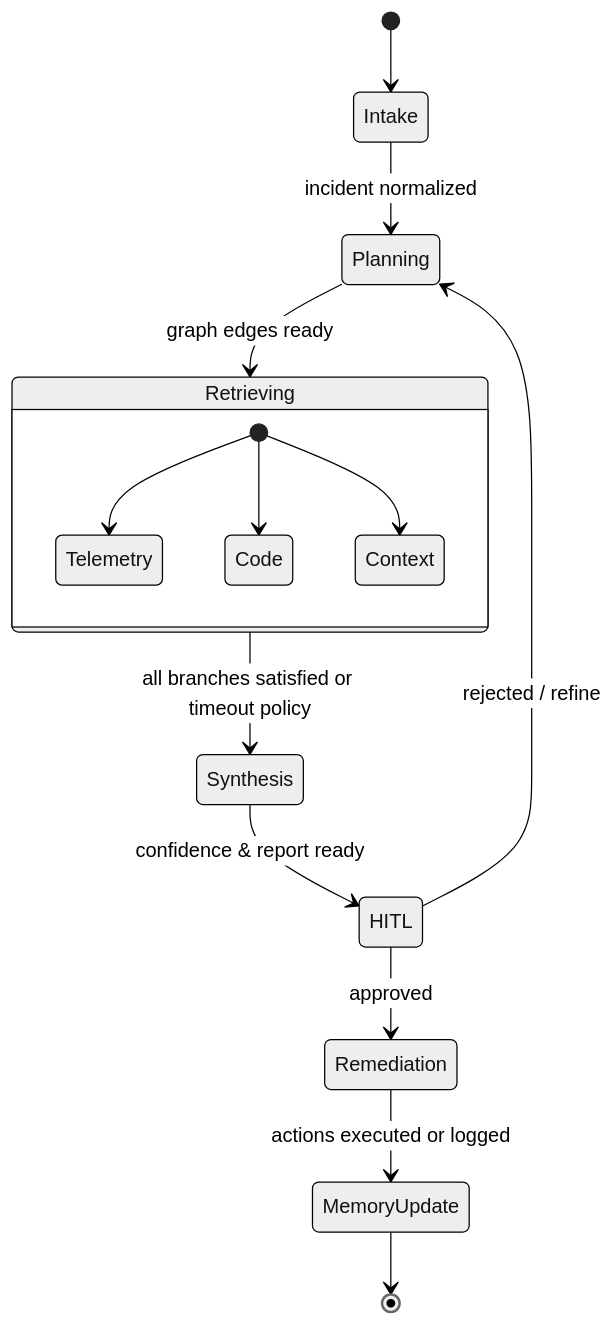
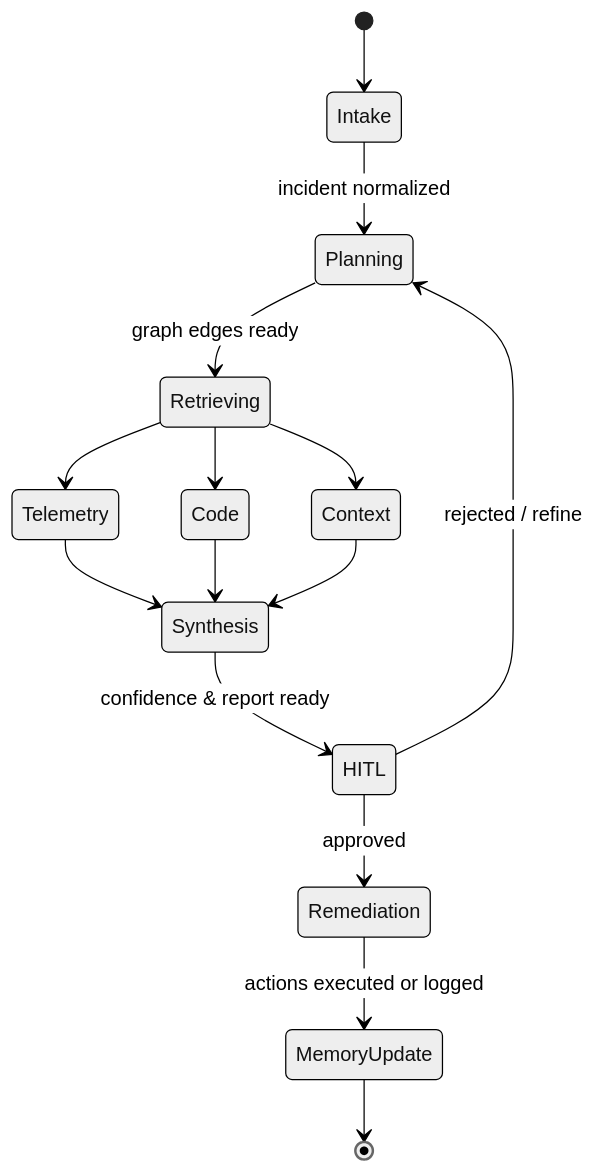
Before and after one commit to sushanth262/AURA: the seventh of 10 diagrams in docs/ARCHITECTURE.md, drawn with Mermaid (neutral theme). The commit also changed other lines of this file, not shown here.

Commit message:
fix render issues

````diff
--- a/docs/ARCHITECTURE.md
+++ b/docs/ARCHITECTURE.md
@@ -280,17 +280,17 @@
 ```mermaid
 stateDiagram-v2
   [*] --> Intake
   Intake --> Planning: incident normalized
   Planning --> Retrieving: graph edges ready
-  state Retrieving {
-    [*] --> Telemetry
-    [*] --> Code
-    [*] --> Context
-  }
-  Retrieving --> Synthesis: all branches satisfied or timeout policy
+  Retrieving --> Telemetry
+  Retrieving --> Code
+  Retrieving --> Context
+  Telemetry --> Synthesis
+  Code --> Synthesis
+  Context --> Synthesis
   Synthesis --> HITL: confidence & report ready
   HITL --> Remediation: approved
   HITL --> Planning: rejected / refine
   Remediation --> MemoryUpdate: actions executed or logged
   MemoryUpdate --> [*]
 ```
````
